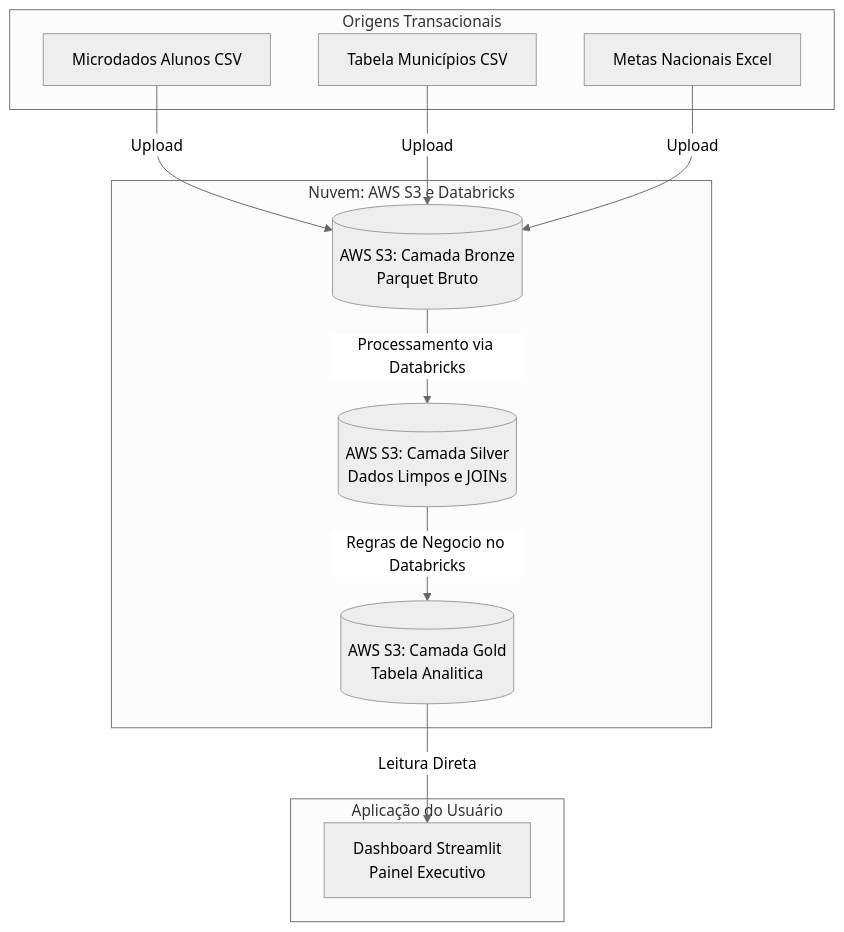
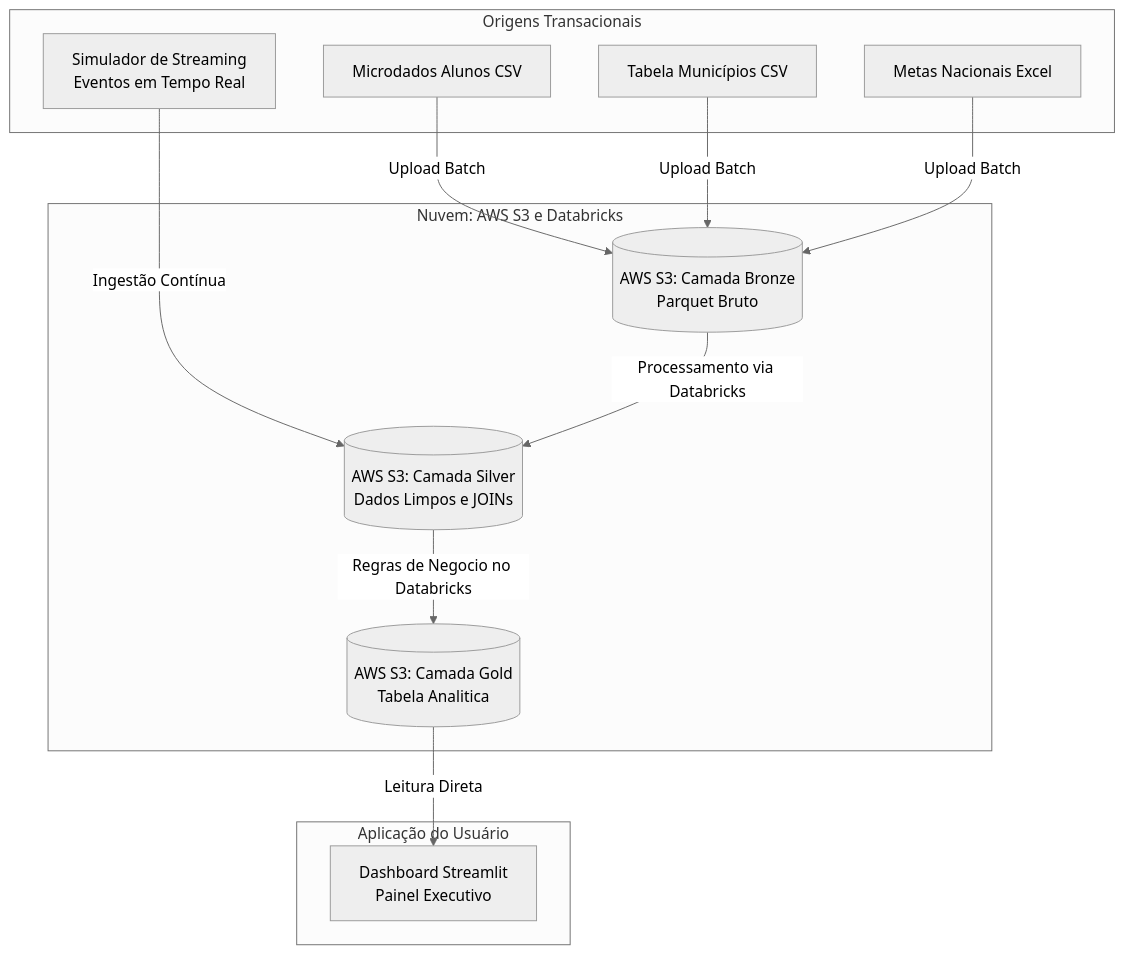
The diagram in README.md (LeonardoGMendoza/pipeline-hibrido-alfabetizacao-brasil), drawn with Mermaid (neutral theme) before and after one commit. The commit also changed other lines of this file, not shown here.

Commit message:
docs: atualiza diagrama da arquitetura e inclui justificativa hibrida (streaming)

````diff
--- a/README.md
+++ b/README.md
@@ -24,26 +24,29 @@
 ```mermaid
 graph TD
     subgraph Origens_Governamentais [Origens Transacionais]
         A[Microdados Alunos CSV]
         B[Tabela Municípios CSV]
         C[Metas Nacionais Excel]
+        S[Simulador de Streaming<br>Eventos em Tempo Real]
     end
 
     subgraph AWS_Databricks [Nuvem: AWS S3 e Databricks]
         D[(AWS S3: Camada Bronze<br>Parquet Bruto)]
-        A -->|Upload| D
-        B -->|Upload| D
-        C -->|Upload| D
+        A -->|Upload Batch| D
+        B -->|Upload Batch| D
+        C -->|Upload Batch| D
+        
+        S -->|Ingestão Contínua| E
         
         E[(AWS S3: Camada Silver<br>Dados Limpos e JOINs)]
         D -->|Processamento via Databricks| E
         
         F[(AWS S3: Camada Gold<br>Tabela Analitica)]
         E -->|Regras de Negocio no Databricks| F
     end
 
     subgraph Frontend [Aplicação do Usuário]
         H[Dashboard Streamlit<br>Painel Executivo]
         F -->|Leitura Direta| H
     end
 ```
````
